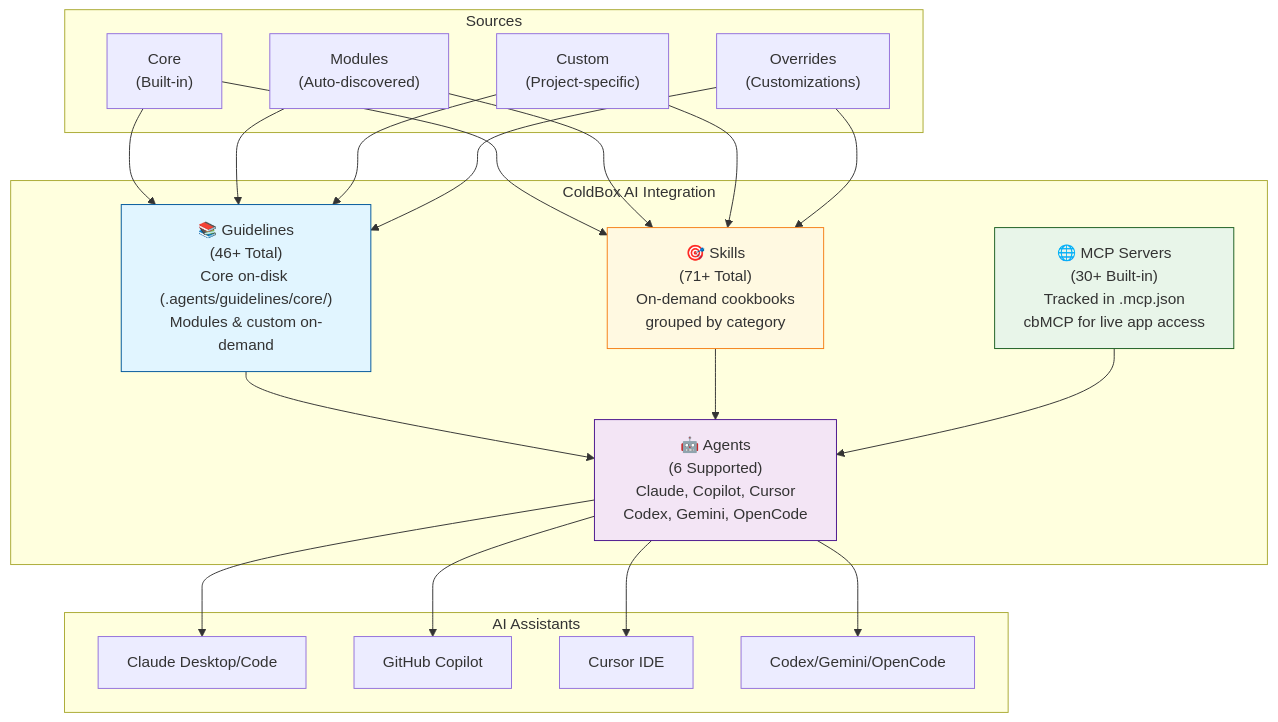
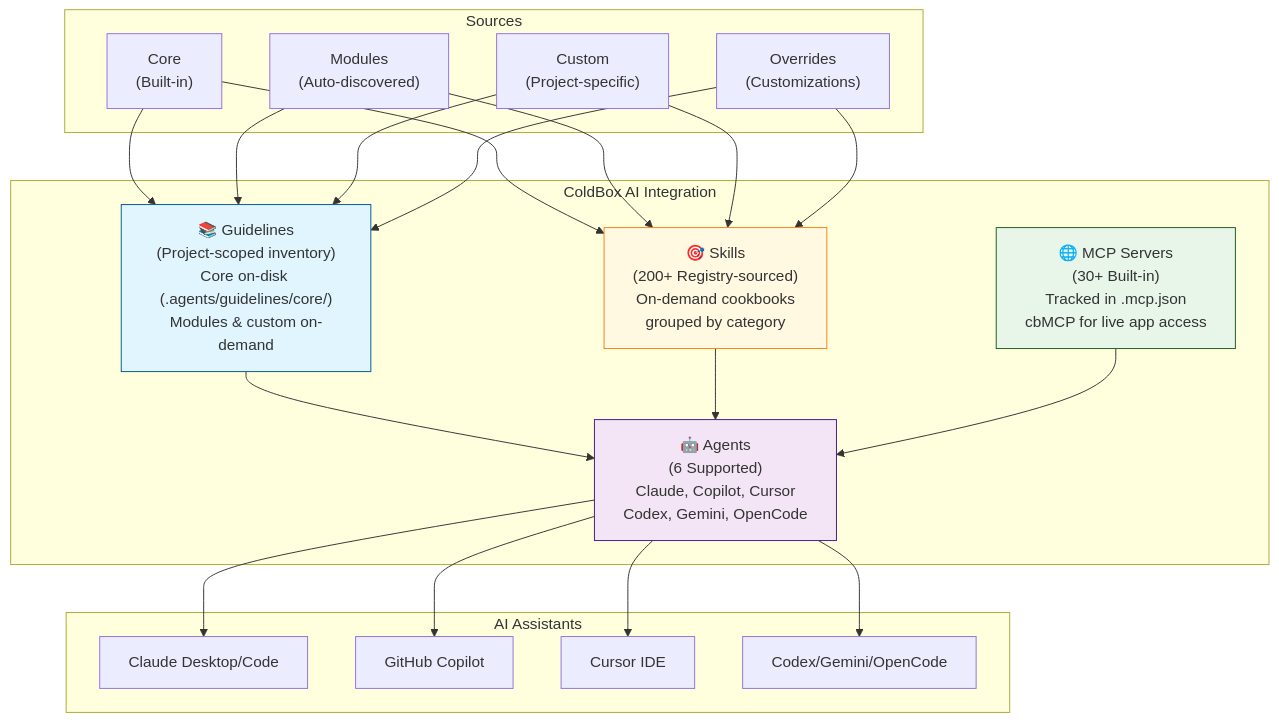
One commit to ortus-docs/coldbox-docs changed the first of 8 diagrams in digging-deeper/ai/agentic-coldbox.md. Above: the diagram before and after it, drawn with Mermaid. The commit also changed other lines of this file, not shown here.

````diff
--- a/digging-deeper/ai/agentic-coldbox.md
+++ b/digging-deeper/ai/agentic-coldbox.md
@@ -62,46 +62,46 @@
 ```mermaid
 graph TB
     subgraph "ColdBox AI Integration"
-        Guidelines["📚 Guidelines\n(46+ Total)\nCore on-disk (.agents/guidelines/core/)\nModules & custom on-demand"]
-        Skills["🎯 Skills\n(71+ Total)\nOn-demand cookbooks\ngrouped by category"]
+        Guidelines["📚 Guidelines\n(Project-scoped inventory)\nCore on-disk (.agents/guidelines/core/)\nModules & custom on-demand"]
+        Skills["🎯 Skills\n(200+ Registry-sourced)\nOn-demand cookbooks\ngrouped by category"]
         Agents["🤖 Agents\n(6 Supported)\nClaude, Copilot, Cursor\nCodex, Gemini, OpenCode"]
         MCP["🌐 MCP Servers\n(30+ Built-in)\nTracked in .mcp.json\ncbMCP for live app access"]
     end
 
     subgraph "Sources"
         Core["Core<br/>(Built-in)"]
         Modules["Modules<br/>(Auto-discovered)"]
         Custom["Custom<br/>(Project-specific)"]
         Override["Overrides<br/>(Customizations)"]
     end
 
     subgraph "AI Assistants"
         Claude["Claude Desktop/Code"]
         Copilot["GitHub Copilot"]
         Cursor["Cursor IDE"]
         Other["Codex/Gemini/OpenCode"]
     end
 
     Core --> Guidelines
     Core --> Skills
     Modules --> Guidelines
     Modules --> Skills
     Custom --> Guidelines
     Custom --> Skills
     Override --> Guidelines
     Override --> Skills
 
     Guidelines --> Agents
     Skills --> Agents
     MCP --> Agents
 
     Agents --> Claude
     Agents --> Copilot
     Agents --> Cursor
     Agents --> Other
 
     style Guidelines fill:#e1f5ff,stroke:#01579b
     style Skills fill:#fff9e1,stroke:#f57f17
     style Agents fill:#f3e5f5,stroke:#4a148c
     style MCP fill:#e8f5e9,stroke:#1b5e20
 ```
````
